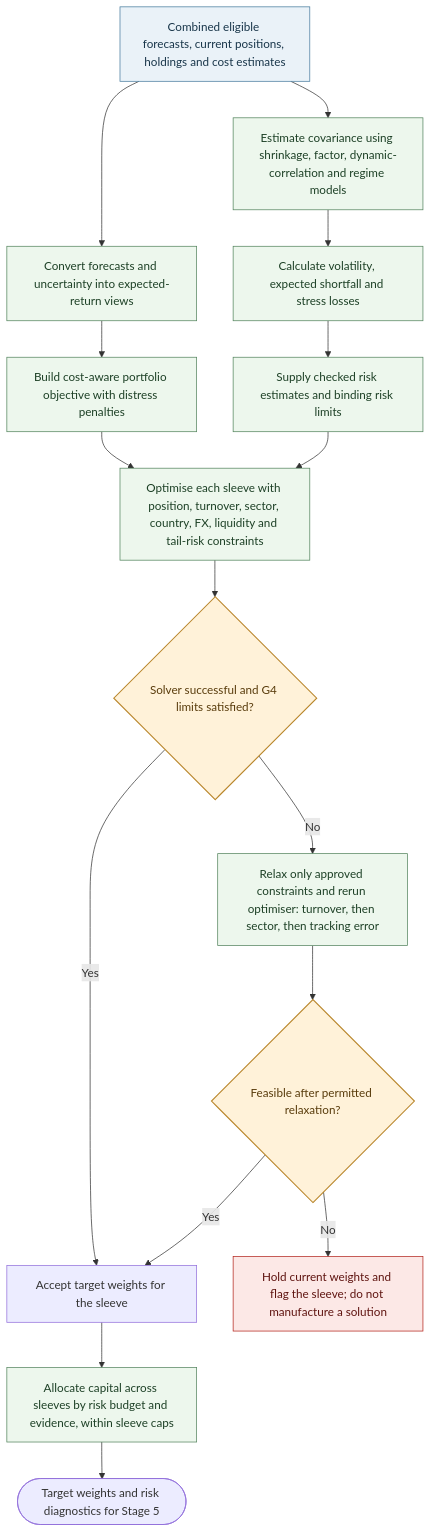
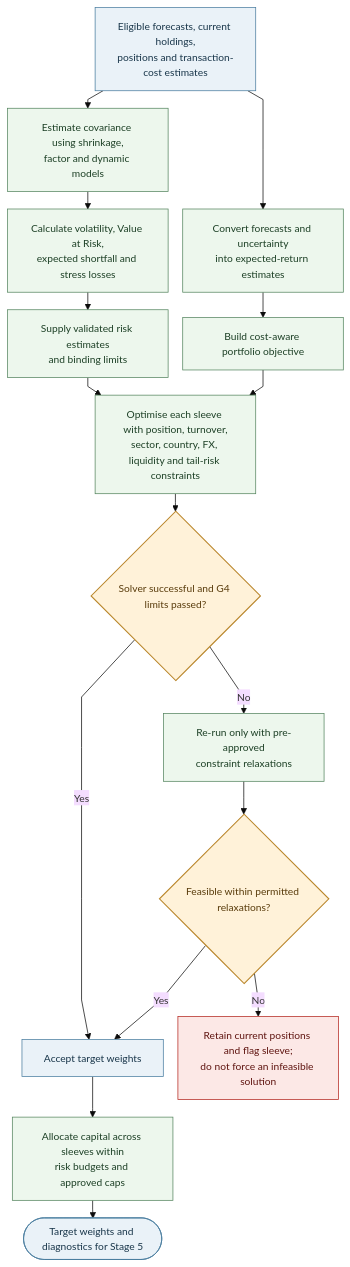
Diagram 11 of 15 in AQP OVERVIEW.md (dannysilverio6-creator/AQP---LSEG), drawn with Mermaid before and after one commit. The commit also changed other lines of this file, not shown here.

````diff
--- a/AQP OVERVIEW.md
+++ b/AQP OVERVIEW.md
@@ -625,28 +653,35 @@
 ```mermaid
+%%{init: {"theme": "base", "flowchart": {"nodeSpacing": 20, "rankSpacing": 24, "wrappingWidth": 160, "diagramPadding": 24, "curve": "linear"}, "themeVariables": {"fontSize": "14px"}}}%%
 flowchart TB
-    A[Combined eligible forecasts, current positions, holdings and cost estimates] --> B[Estimate covariance using shrinkage, factor, dynamic-correlation and regime models]
-    B --> C[Calculate volatility, expected shortfall and stress losses]
-    A --> D[Convert forecasts and uncertainty into expected-return views]
-    D --> E[Build cost-aware portfolio objective with distress penalties]
-    C --> F[Supply checked risk estimates and binding risk limits]
-    E --> G[Optimise each sleeve with position, turnover, sector, country, FX, liquidity and tail-risk constraints]
-    F --> G
-    G --> H{Solver successful and G4 limits satisfied?}
-    H -->|Yes| I[Accept target weights for the sleeve]
-    H -->|No| J[Relax only approved constraints and rerun optimiser: turnover, then sector, then tracking error]
-    J --> K{Feasible after permitted relaxation?}
-    K -->|No| L[Hold current weights and flag the sleeve; do not manufacture a solution]
+    A["Eligible forecasts, current holdings,<br/>positions and transaction-cost estimates"]
+    B["Estimate covariance using shrinkage,<br/>factor and dynamic models"]
+    C["Calculate volatility, Value at Risk,<br/>expected shortfall and stress losses"]
+    D["Convert forecasts and uncertainty<br/>into expected-return estimates"]
+    E[Build cost-aware portfolio objective]
+    F["Supply validated risk estimates<br/>and binding limits"]
+    G["Optimise each sleeve with position, turnover,<br/>sector, country, FX, liquidity and tail-risk constraints"]
+    H{Solver successful and G4 limits passed?}
+    I[Accept target weights]
+    J["Re-run only with pre-approved<br/>constraint relaxations"]
+    K{Feasible within permitted relaxations?}
+    L["Retain current positions and flag sleeve;<br/>do not force an infeasible solution"]
+    M["Allocate capital across sleeves within<br/>risk budgets and approved caps"]
+    N([Target weights and diagnostics for Stage 5])
+    A --> B --> C --> F --> G
+    A --> D --> E --> G
+    G --> H
+    H -->|Yes| I --> M --> N
+    H -->|No| J --> K
     K -->|Yes| I
-    I --> M[Allocate capital across sleeves by risk budget and evidence, within sleeve caps]
-    M --> N([Target weights and risk diagnostics for Stage 5])
-
+    K -->|No| L
     classDef data fill:#eaf2f8,stroke:#477b9e,color:#19364a;
     classDef model fill:#edf7ed,stroke:#54845e,color:#1d4026;
     classDef gate fill:#fff2d9,stroke:#b9862b,color:#593c0c,stroke-width:1.5px;
     classDef stop fill:#fce8e6,stroke:#b3261e,color:#5f1410;
+    classDef output fill:#eaf2f8,stroke:#477b9e,color:#19364a;
     class A data;
     class B,C,D,E,F,G,J,M model;
     class H,K gate;
     class I,N output;
     class L stop;
 ```
````
